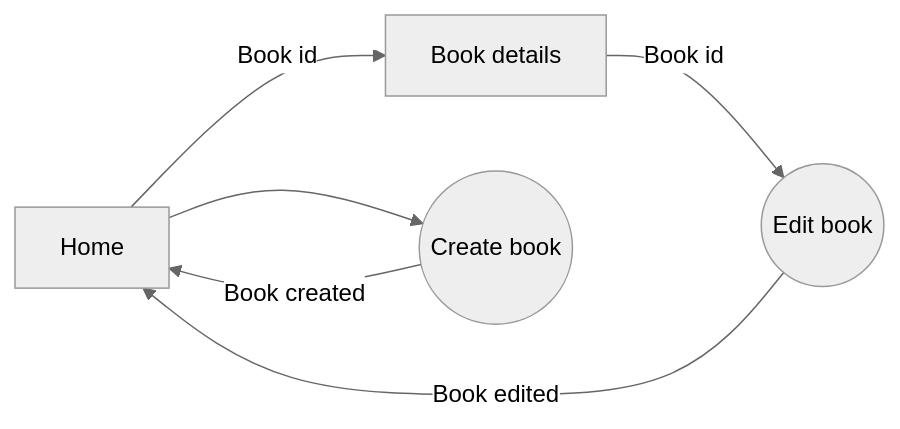
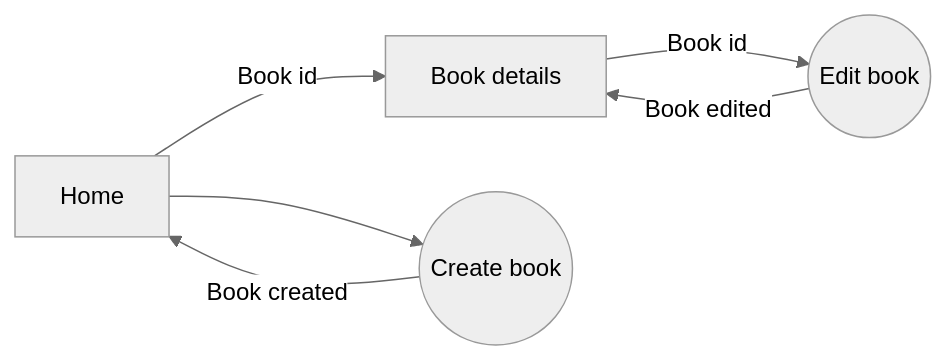
The diagram in README.md (JohnFScha/bookstore-app-v2), drawn with Mermaid (neutral theme) before and after one commit.

````diff
--- a/README.md
+++ b/README.md
@@ -100,8 +100,8 @@
 ```mermaid
 graph LR
 A[Home] -- Book id --> B[Book details]
 A[Home] --> C((Create book))
 B -- Book id --> D((Edit book))
-D((Edit book)) -- Book edited --> A[Home]
+D((Edit book)) -- Book edited --> B[Book details]
 C((Create book)) -- Book created --> A[Home]
 ```
````
